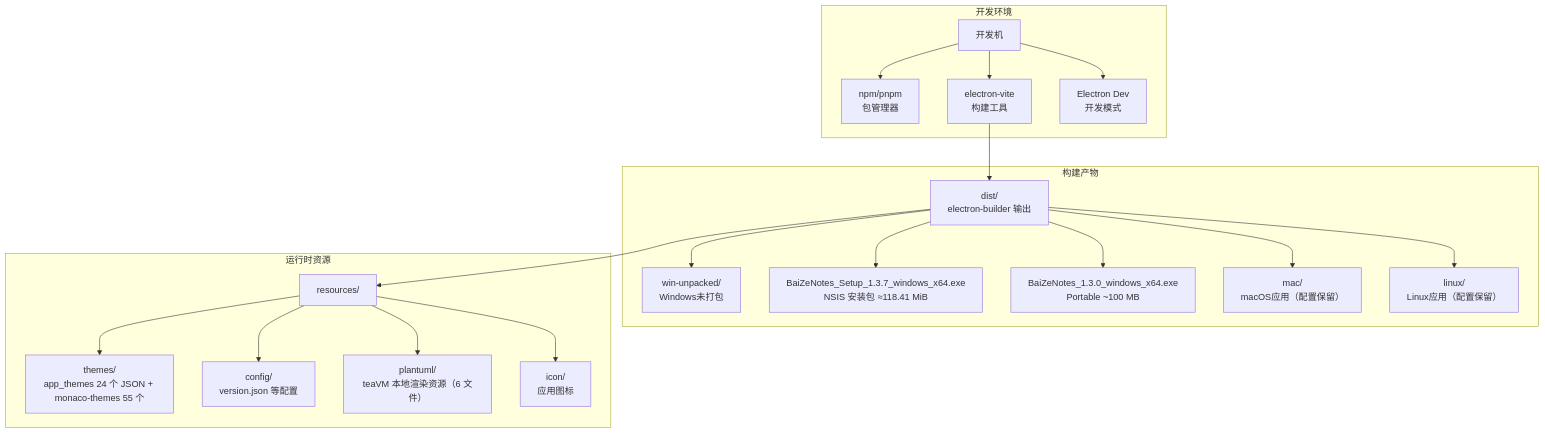
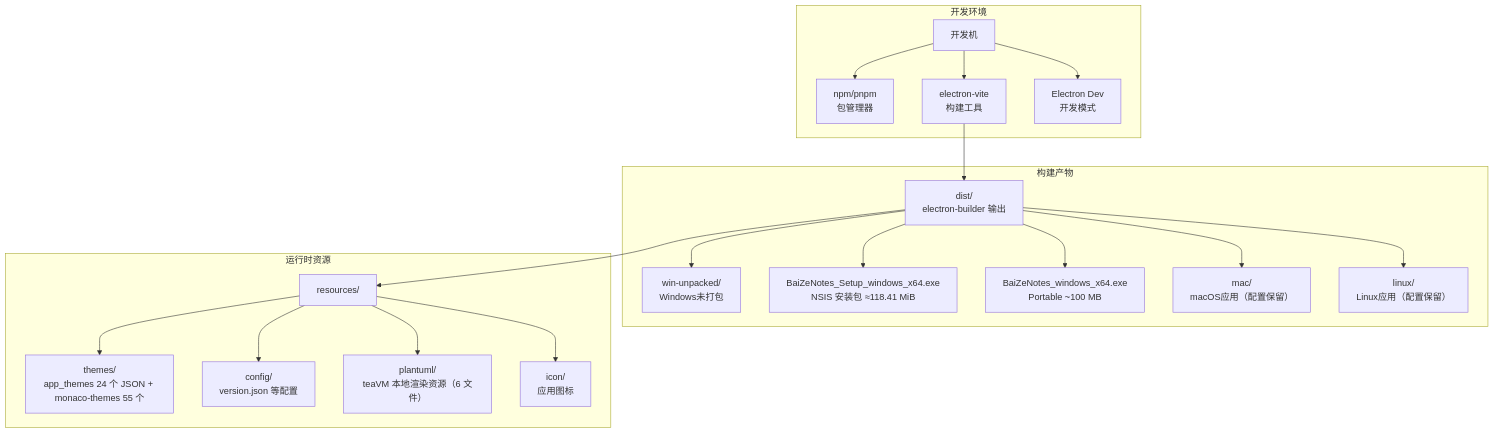
Before and after one commit to hemy08/BaiZeNotesByVue: the ninth of 34 diagrams in docs/wiki/02-设计与架构/架构文档.md, drawn with Mermaid. The commit also changed other lines of this file and 87 other files, not shown here.

````diff
--- a/docs/wiki/02-设计与架构/架构文档.md
+++ b/docs/wiki/02-设计与架构/架构文档.md
@@ -447,29 +446,29 @@
 ```mermaid
 graph TB
     subgraph 开发环境
         DEV[开发机]
         DEV --> NPM[npm/pnpm<br/>包管理器]
         DEV --> VITE[electron-vite<br/>构建工具]
         DEV --> ELECTRON_DEV[Electron Dev<br/>开发模式]
     end
     
     subgraph 构建产物
         DIST[dist/<br/>electron-builder 输出]
         DIST --> WIN[win-unpacked/<br/>Windows未打包]
-        DIST --> INSTALLER[BaiZeNotes_Setup_1.3.7_windows_x64.exe<br/>NSIS 安装包 ≈118.41 MiB]
-        DIST --> PORTABLE[BaiZeNotes_1.3.0_windows_x64.exe<br/>Portable ~100 MB]
+        DIST --> INSTALLER[BaiZeNotes_Setup_windows_x64.exe<br/>NSIS 安装包 ≈118.41 MiB]
+        DIST --> PORTABLE[BaiZeNotes_windows_x64.exe<br/>Portable ~100 MB]
         DIST --> MAC[mac/<br/>macOS应用（配置保留）]
         DIST --> LINUX[linux/<br/>Linux应用（配置保留）]
     end
     
     subgraph 运行时资源
         RESOURCES[resources/]
         RESOURCES --> THEMES[themes/<br/>app_themes 24 个 JSON + monaco-themes 55 个]
         RESOURCES --> CONFIG[config/<br/>version.json 等配置]
         RESOURCES --> PLANTUML[plantuml/<br/>teaVM 本地渲染资源（6 文件）]
         RESOURCES --> ICON[icon/<br/>应用图标]
     end
     
     VITE --> DIST
     DIST --> RESOURCES
 ```
````
